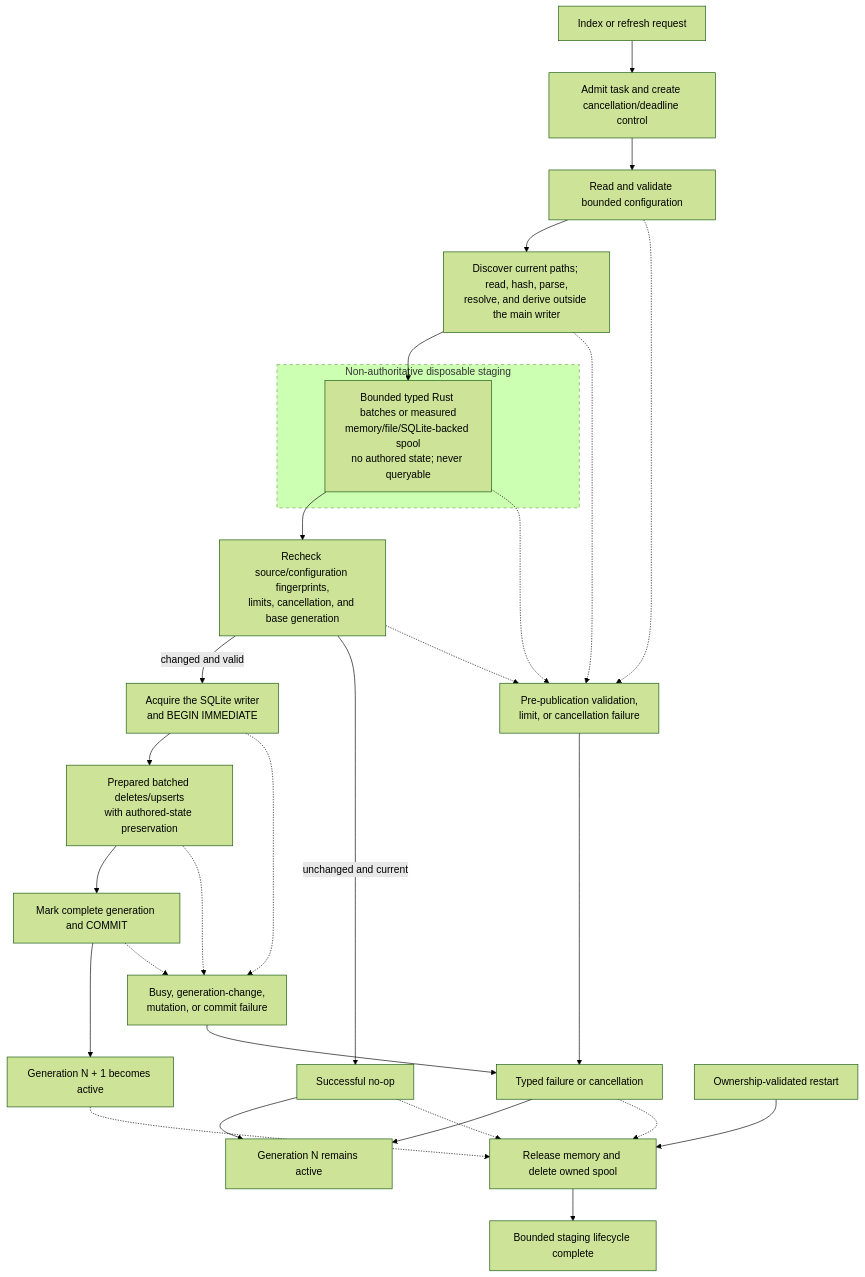
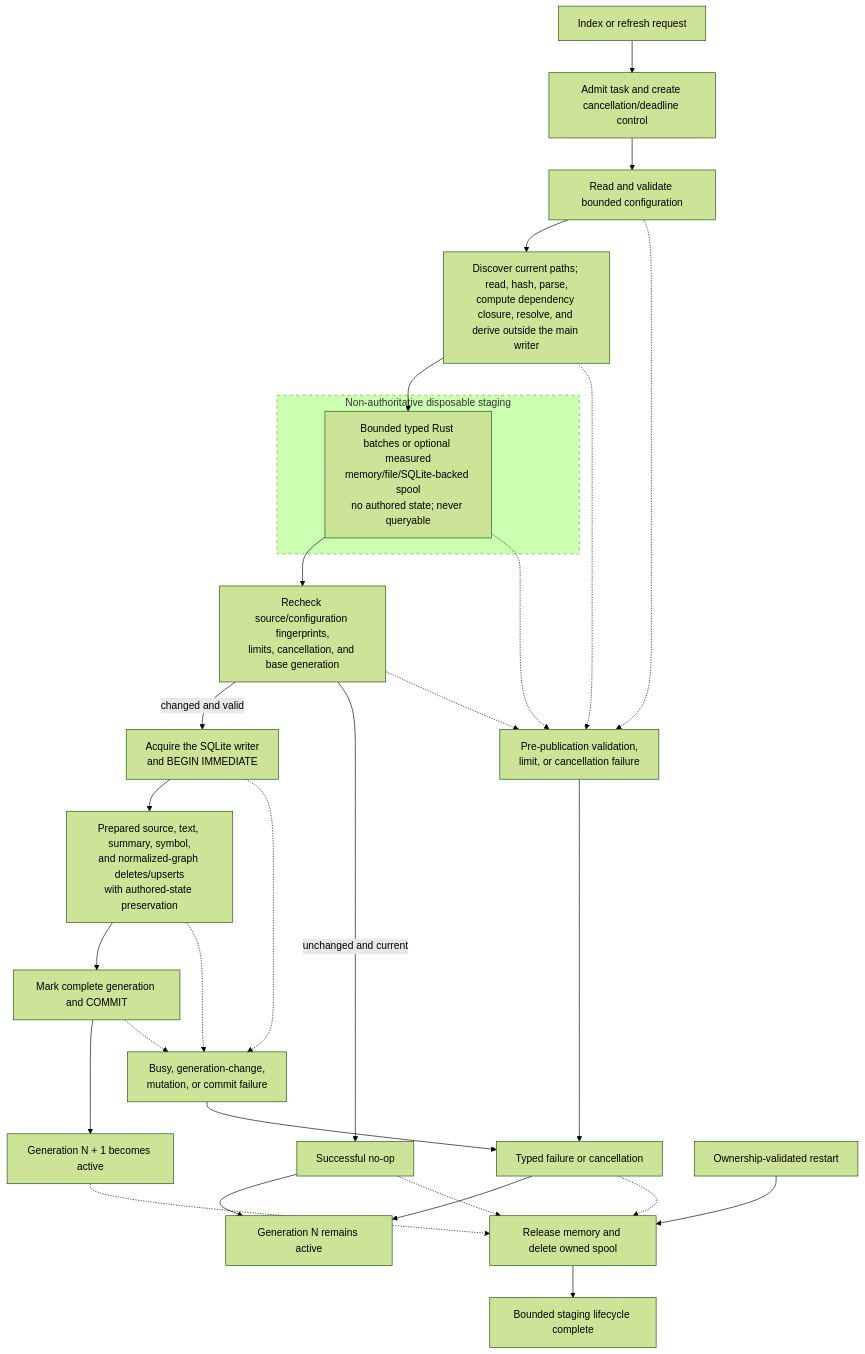
One commit to styler-ai/ProjectAtlas changed the seventh of 18 diagrams in docs/projectatlas-3-architecture.md. Above: the diagram before and after it, drawn with Mermaid (forest theme). The commit also changed other lines of this file and 96 other files, not shown here.

````diff
--- a/docs/projectatlas-3-architecture.md
+++ b/docs/projectatlas-3-architecture.md
@@ -729,42 +778,42 @@
 ```mermaid
 flowchart TB
     Request[Index or refresh request]
     Admit[Admit task and create cancellation/deadline control]
     Inputs[Read and validate bounded configuration]
-    Build[Discover current paths; read, hash, parse,<br/>resolve, and derive outside the main writer]
+    Build[Discover current paths; read, hash, parse,<br/>compute dependency closure, resolve, and derive outside the main writer]
     subgraph Transient[Non-authoritative disposable staging]
-        Stage[Bounded typed Rust batches or measured<br/>memory/file/SQLite-backed spool<br/>no authored state; never queryable]
+        Stage[Bounded typed Rust batches or optional measured<br/>memory/file/SQLite-backed spool<br/>no authored state; never queryable]
     end
     Recheck[Recheck source/configuration fingerprints,<br/>limits, cancellation, and base generation]
     Begin[Acquire the SQLite writer<br/>and BEGIN IMMEDIATE]
-    Apply[Prepared batched deletes/upserts<br/>with authored-state preservation]
+    Apply[Prepared source, text, summary, symbol,<br/>and normalized-graph deletes/upserts<br/>with authored-state preservation]
     Commit[Mark complete generation and COMMIT]
     NoChange[Successful no-op]
     Next[Generation N + 1 becomes active]
     Prior[Generation N remains active]
     Fail[Typed failure or cancellation]
     PrewriteFailure[Pre-publication validation,<br/>limit, or cancellation failure]
     WriteFailure[Busy, generation-change,<br/>mutation, or commit failure]
     Restart[Ownership-validated restart]
     Cleanup[Release memory and delete owned spool]
     Lifecycle[Bounded staging lifecycle complete]
 
     Request --> Admit --> Inputs --> Build --> Stage --> Recheck
     Recheck -->|changed and valid| Begin --> Apply --> Commit --> Next
     Recheck -->|unchanged and current| NoChange --> Prior
     Inputs -.-> PrewriteFailure
     Build -.-> PrewriteFailure
     Stage -.-> PrewriteFailure
     Recheck -.-> PrewriteFailure
     PrewriteFailure --> Fail
     Begin -.-> WriteFailure
     Apply -.-> WriteFailure
     Commit -.-> WriteFailure
     WriteFailure --> Fail
     Fail --> Prior
     Next -.-> Cleanup
     NoChange -.-> Cleanup
     Fail -.-> Cleanup
     Restart --> Cleanup --> Lifecycle
     style Transient stroke-dasharray: 5 5
 ```
````
